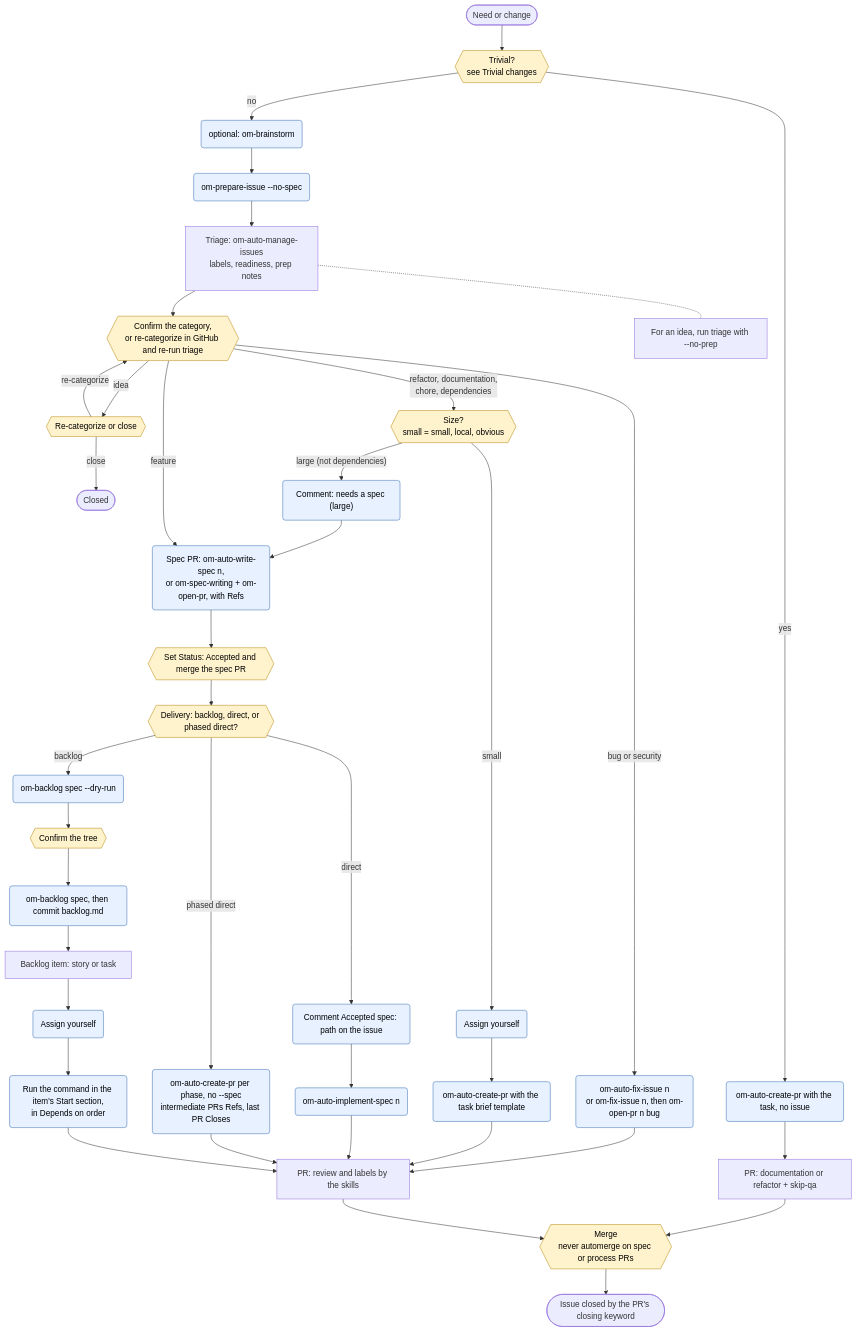
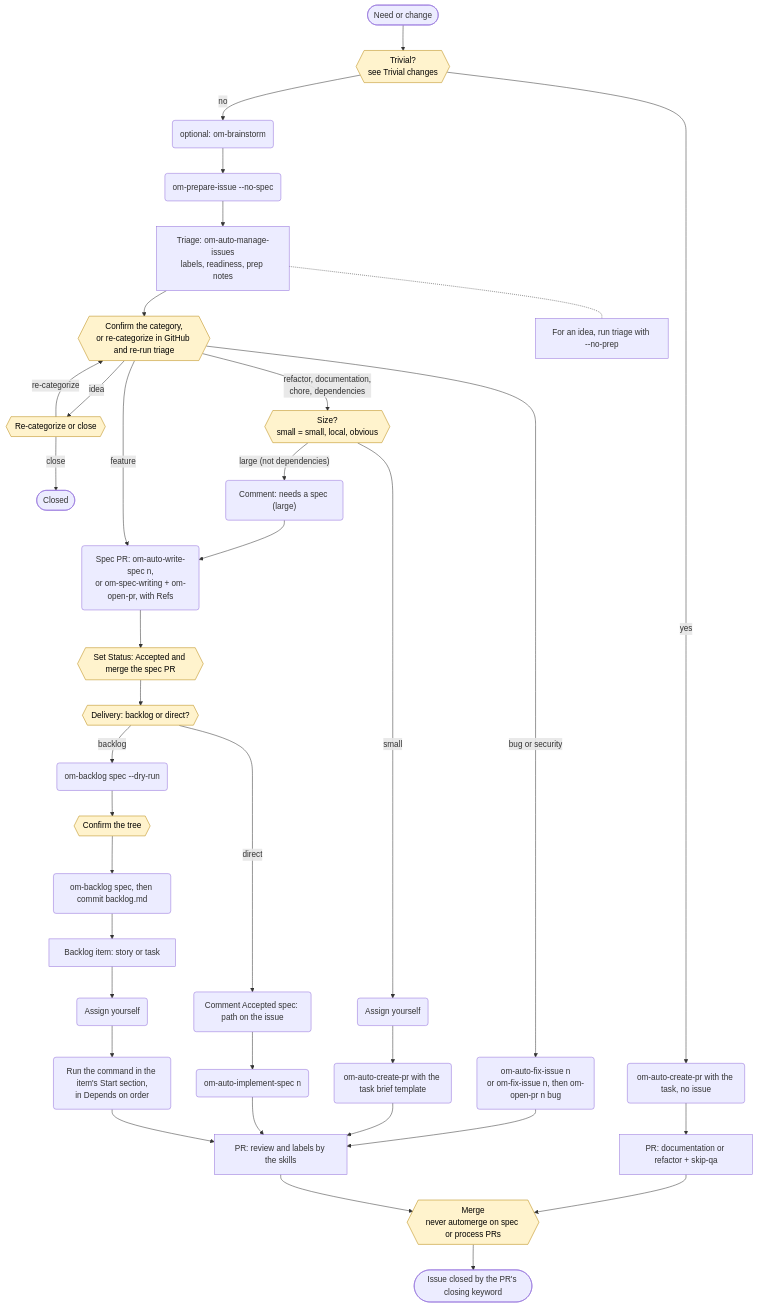
One commit to AZITWB/om-sdlc-sandbox changed the diagram in SDLC-routes.md. Above: the diagram before and after it, drawn with Mermaid.

Commit message:
docs(sdlc): drop the phased direct branch from the route diagram
Refs #19

````diff
--- a/SDLC-routes.md
+++ b/SDLC-routes.md
@@ -12,55 +12,51 @@
 ```mermaid
 flowchart TD
     need([Need or change]) --> trivialQ{{"Trivial?<br/>see Trivial changes"}}
     trivialQ -- yes --> trivialRun("om-auto-create-pr with the task, no issue")
     trivialRun --> trivialPR["PR: documentation or refactor + skip-qa"]
     trivialPR --> merge
 
     trivialQ -- no --> brainstorm("optional: om-brainstorm")
     brainstorm --> intake("om-prepare-issue --no-spec")
     intake --> triage["Triage: om-auto-manage-issues<br/>labels, readiness, prep notes"]
     triage --> confirm{{"Confirm the category,<br/>or re-categorize in GitHub and re-run triage"}}
     triage -.- prepNote["For an idea, run triage with --no-prep"]
 
     confirm -- idea --> ideaQ{{"Re-categorize or close"}}
     ideaQ -- re-categorize --> confirm
     ideaQ -- close --> closed([Closed])
 
     confirm -- "bug or security" --> bugRun("om-auto-fix-issue n<br/>or om-fix-issue n, then om-open-pr n bug")
     bugRun --> pr
 
     confirm -- "refactor, documentation,<br/>chore, dependencies" --> sizeQ{{"Size?<br/>small = small, local, obvious"}}
     sizeQ -- small --> assignTask("Assign yourself")
     assignTask --> taskRun("om-auto-create-pr with the task brief template")
     taskRun --> pr
     sizeQ -- "large (not dependencies)" --> largeNote("Comment: needs a spec (large)")
     largeNote --> specPR
 
     confirm -- feature --> specPR("Spec PR: om-auto-write-spec n,<br/>or om-spec-writing + om-open-pr, with Refs")
     specPR --> accept{{"Set Status: Accepted and merge the spec PR"}}
-    accept --> deliveryQ{{"Delivery: backlog, direct, or phased direct?"}}
+    accept --> deliveryQ{{"Delivery: backlog or direct?"}}
 
     deliveryQ -- backlog --> backlogDry("om-backlog spec --dry-run")
     backlogDry --> backlogOk{{"Confirm the tree"}}
     backlogOk --> backlogRun("om-backlog spec, then commit backlog.md")
     backlogRun --> item
 
     deliveryQ -- direct --> directComment("Comment Accepted spec: path on the issue")
     directComment --> directRun("om-auto-implement-spec n")
     directRun --> pr
-
-    deliveryQ -- "phased direct" --> phaseRun("om-auto-create-pr per phase, no --spec<br/>intermediate PRs Refs, last PR Closes")
-    phaseRun --> pr
 
     item["Backlog item: story or task"] --> assignItem("Assign yourself")
     assignItem --> startRun("Run the command in the item's Start section,<br/>in Depends on order")
     startRun --> pr
 
     pr["PR: review and labels by the skills"] --> merge{{"Merge<br/>never automerge on spec or process PRs"}}
     merge --> done([Issue closed by the PR's closing keyword])
 
     classDef human fill:#fff3cd,stroke:#b8860b,color:#000
     classDef cmd fill:#e7f1ff,stroke:#3b6fb6,color:#000
     class trivialQ,confirm,ideaQ,sizeQ,accept,deliveryQ,backlogOk,merge human
-    class trivialRun,brainstorm,intake,bugRun,assignTask,taskRun,largeNote,specPR,backlogDry,backlogRun,directComment,directRun,phaseRun,assignItem,startRun cmd
 ```
````
